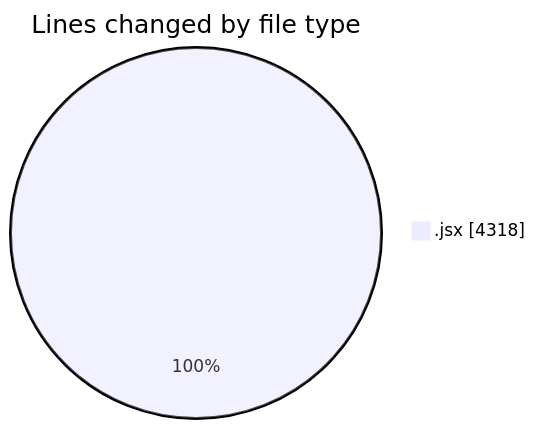
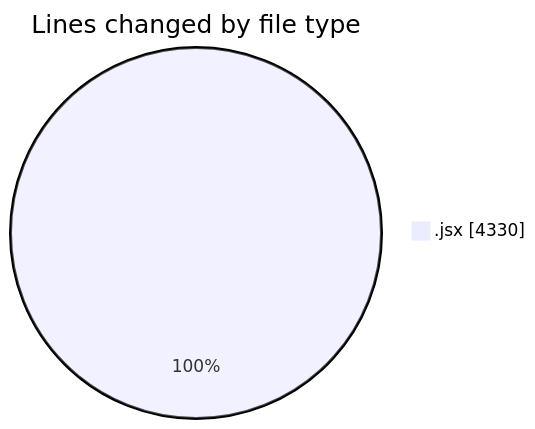
The first of 2 diagrams in 2025-06-02/nxtqube_webapp/README.md (nxtqubesakshisongat/code-tracking), drawn with Mermaid before and after one commit. The commit also changed other lines of this file and 1 other file, not shown here.

````diff
--- a/2025-06-02/nxtqube_webapp/README.md
+++ b/2025-06-02/nxtqube_webapp/README.md
@@ -21,5 +21,5 @@
 ```mermaid
 pie showData
 title Lines changed by file type
-".jsx" : 4318
+".jsx" : 4330
 ```
````
